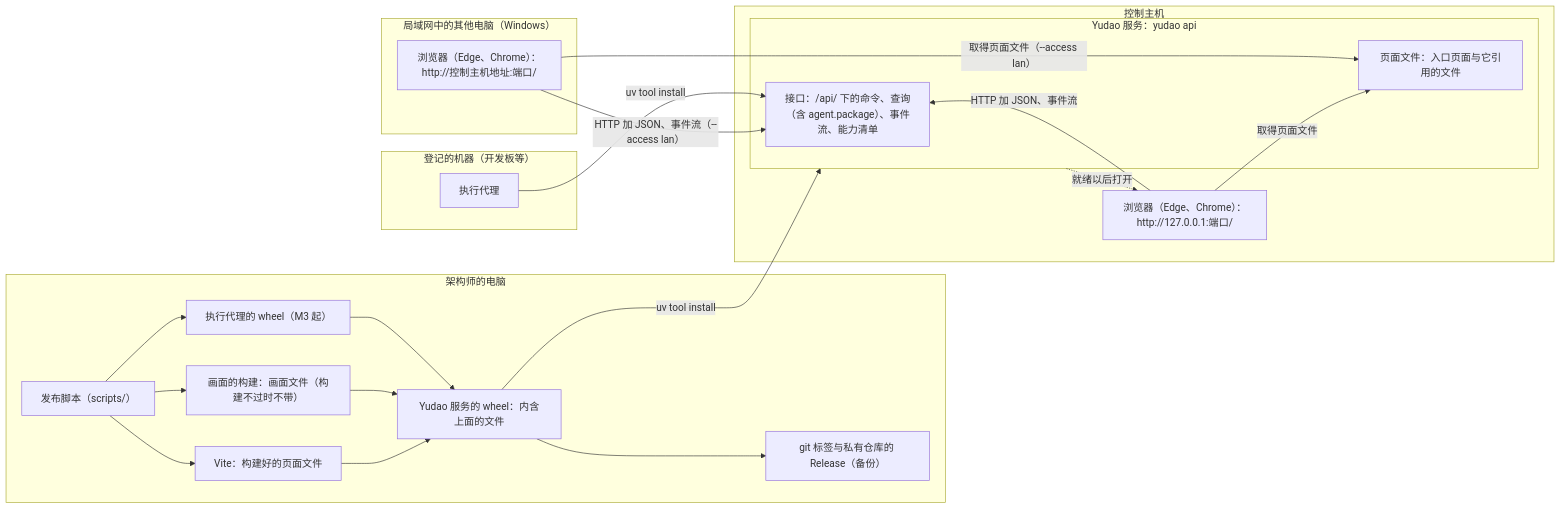
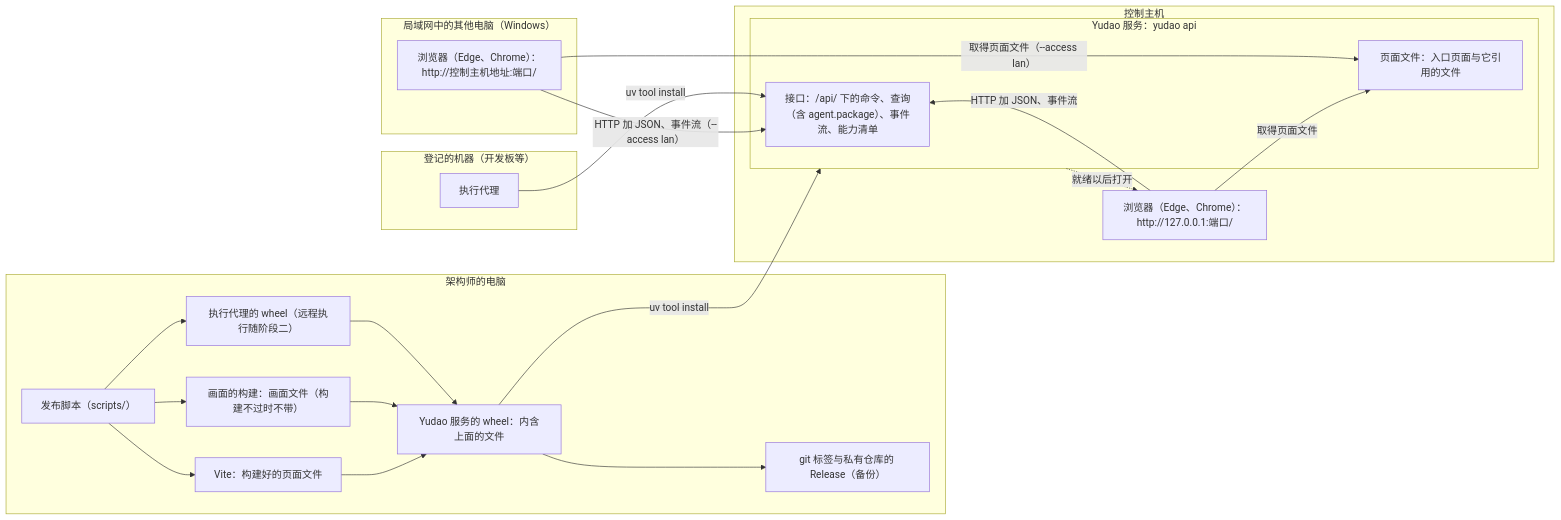
Before and after one commit to bender2333/yudao: the diagram in docs/design/web-interface-and-release.md, drawn with Mermaid. The commit also changed other lines of this file and 183 other files, not shown here.

````diff
--- a/docs/design/web-interface-and-release.md
+++ b/docs/design/web-interface-and-release.md
@@ -26,35 +26,35 @@
 ```mermaid
 flowchart LR
   subgraph Arch["架构师的电脑"]
     Rel["发布脚本（scripts/）"]
     Pages["Vite：构建好的页面文件"]
     View["画面的构建：画面文件（构建不过时不带）"]
-    AgentW["执行代理的 wheel（M3 起）"]
+    AgentW["执行代理的 wheel（远程执行随阶段二）"]
     Wheel["Yudao 服务的 wheel：内含上面的文件"]
     Tag["git 标签与私有仓库的 Release（备份）"]
     Rel --> Pages --> Wheel
     Rel --> View --> Wheel
     Rel --> AgentW --> Wheel
     Wheel --> Tag
   end
   subgraph Host["控制主机"]
     subgraph Svc["Yudao 服务：yudao api"]
       Api["接口：/api/ 下的命令、查询（含 agent.package）、事件流、能力清单"]
       Files["页面文件：入口页面与它引用的文件"]
     end
     LocalB["浏览器（Edge、Chrome）：http://127.0.0.1:端口/"]
   end
   subgraph Desk["局域网中的其他电脑（Windows）"]
     LanB["浏览器（Edge、Chrome）：http://控制主机地址:端口/"]
   end
   subgraph Board["登记的机器（开发板等）"]
     Agent["执行代理"]
   end
   Wheel -->|"uv tool install"| Svc
   Svc -.->|"就绪以后打开"| LocalB
   LocalB -->|"取得页面文件"| Files
   LocalB -->|"HTTP 加 JSON、事件流"| Api
   LanB -->|"取得页面文件（--access lan）"| Files
   LanB -->|"HTTP 加 JSON、事件流（--access lan）"| Api
   Agent -->|"uv tool install"| Api
 ```
````
